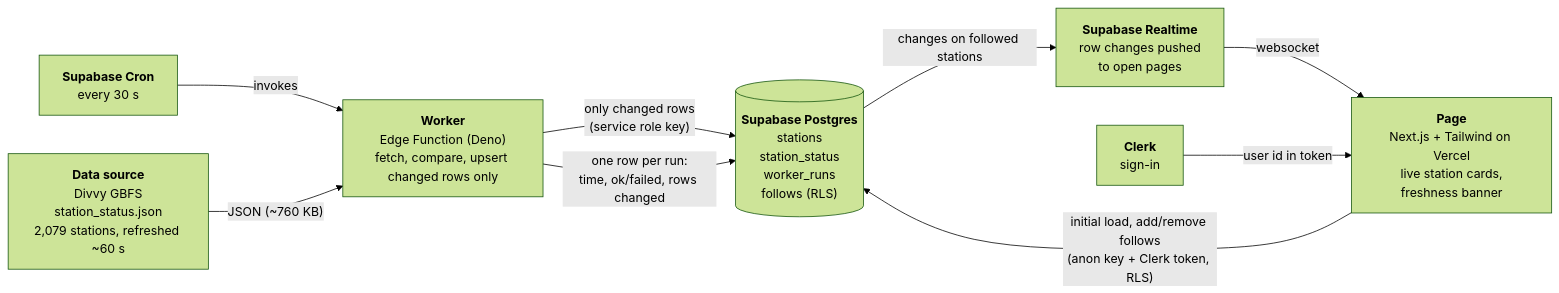
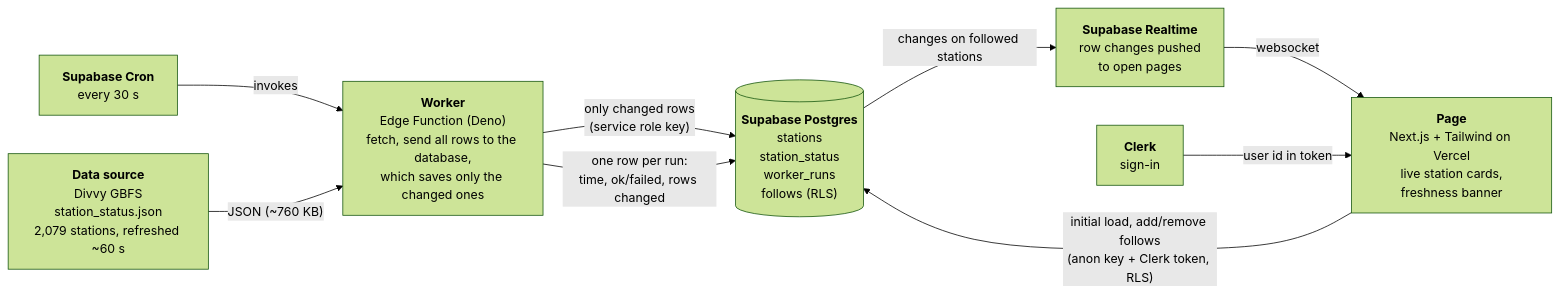
The diagram in docs/data-flow.md (r3dw/assign5), drawn with Mermaid (forest theme) before and after one commit. The commit also changed other lines of this file and 1 other file, not shown here.

Commit message:
Schedule poll-divvy every 30 seconds; update data-flow chart to match

````diff
--- a/docs/data-flow.md
+++ b/docs/data-flow.md
@@ -7,19 +7,19 @@
 ```mermaid
 flowchart LR
     SRC["<b>Data source</b><br/>Divvy GBFS<br/>station_status.json<br/>2,079 stations, refreshed ~60 s"]
     CRON["<b>Supabase Cron</b><br/>every 30 s"]
-    W["<b>Worker</b><br/>Edge Function (Deno)<br/>fetch, compare, upsert changed rows only"]
+    W["<b>Worker</b><br/>Edge Function (Deno)<br/>fetch, send all rows to the database,<br/>which saves only the changed ones"]
     DB[("<b>Supabase Postgres</b><br/>stations<br/>station_status<br/>worker_runs<br/>follows (RLS)")]
     RT["<b>Supabase Realtime</b><br/>row changes pushed<br/>to open pages"]
     PAGE["<b>Page</b><br/>Next.js + Tailwind on Vercel<br/>live station cards,<br/>freshness banner"]
     CLERK["<b>Clerk</b><br/>sign-in"]
 
     CRON -- "invokes" --> W
     SRC -- "JSON (~760 KB)" --> W
     W -- "only changed rows<br/>(service role key)" --> DB
     W -- "one row per run:<br/>time, ok/failed, rows changed" --> DB
     DB -- "changes on followed stations" --> RT
     RT -- "websocket" --> PAGE
     PAGE -- "initial load, add/remove follows<br/>(anon key + Clerk token, RLS)" --> DB
     CLERK -- "user id in token" --> PAGE
 ```
````
